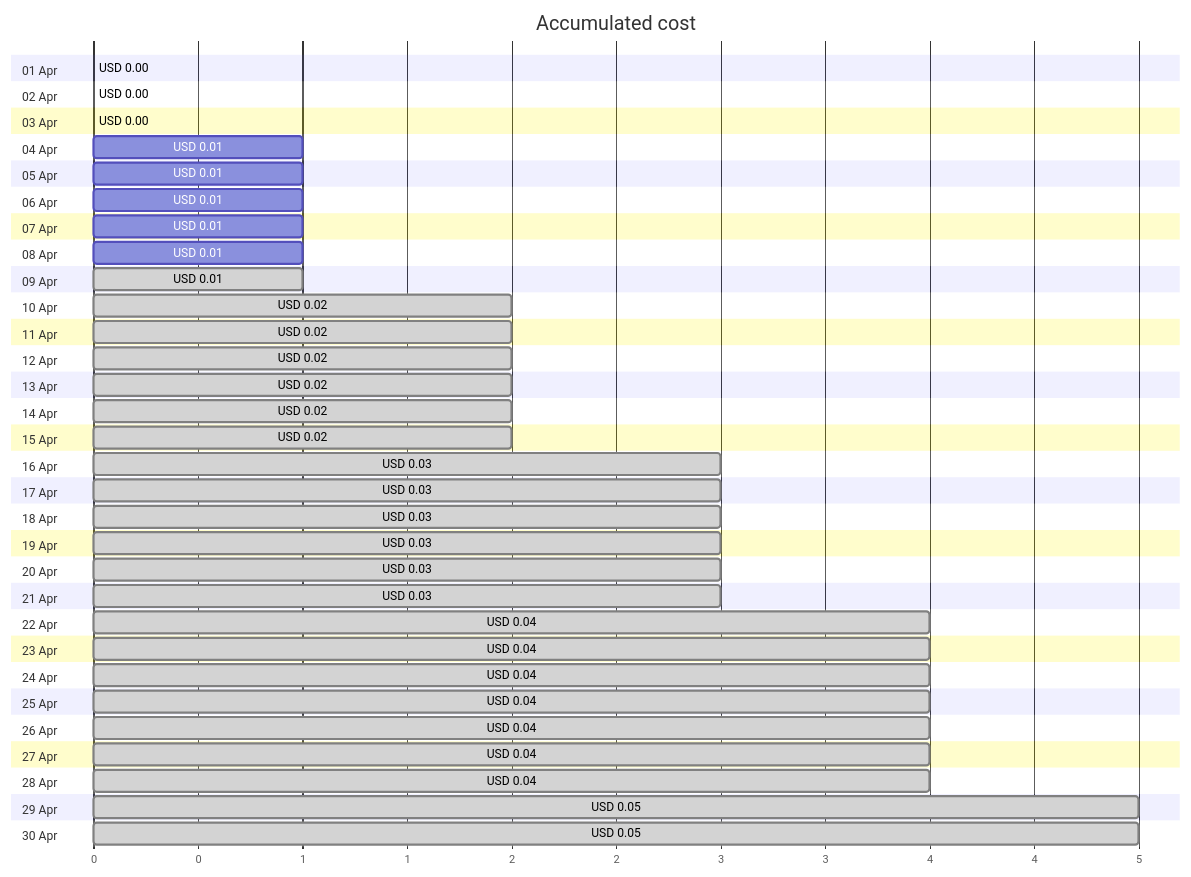
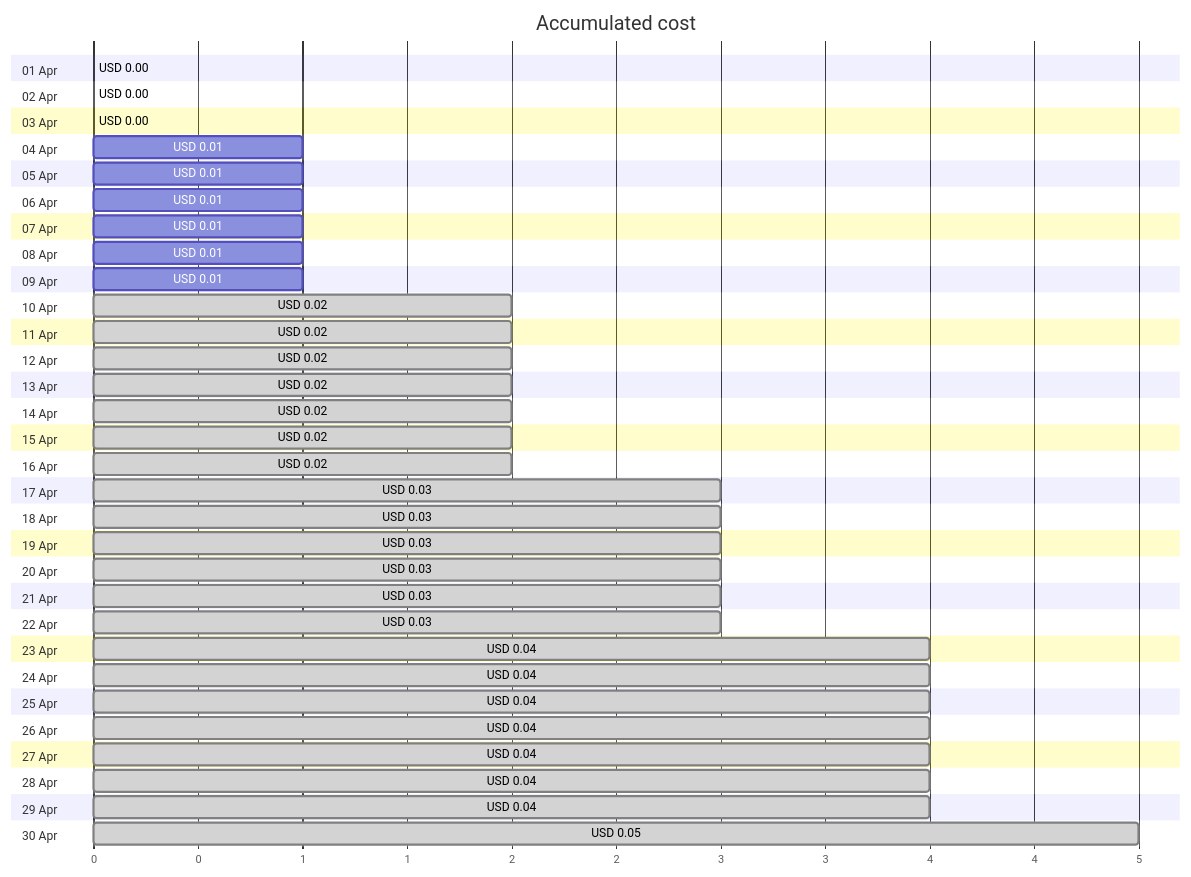
Before and after one commit to jpfulton/azure-personal-reports: the first of 4 diagrams in cost-reports/personal-site/personalsiteapistorage.md, drawn with Mermaid. The commit also changed other lines of this file and 6 other files, not shown here.

````diff
--- a/cost-reports/personal-site/personalsiteapistorage.md
+++ b/cost-reports/personal-site/personalsiteapistorage.md
@@ -20,66 +20,66 @@
 ```mermaid
 gantt
    title Accumulated cost
    dateFormat  X
    axisFormat %s
    section 01 Apr
    USD 0.00 :0, 0
    section 02 Apr
    USD 0.00 :0, 0
    section 03 Apr
    USD 0.00 :0, 0
    section 04 Apr
    USD 0.01 :0, 1
    section 05 Apr
    USD 0.01 :0, 1
    section 06 Apr
    USD 0.01 :0, 1
    section 07 Apr
    USD 0.01 :0, 1
    section 08 Apr
    USD 0.01 :0, 1
    section 09 Apr
-   USD 0.01 : done, 0, 1
+   USD 0.01 :0, 1
    section 10 Apr
    USD 0.02 : done, 0, 2
    section 11 Apr
    USD 0.02 : done, 0, 2
    section 12 Apr
    USD 0.02 : done, 0, 2
    section 13 Apr
    USD 0.02 : done, 0, 2
    section 14 Apr
    USD 0.02 : done, 0, 2
    section 15 Apr
    USD 0.02 : done, 0, 2
    section 16 Apr
-   USD 0.03 : done, 0, 3
+   USD 0.02 : done, 0, 2
    section 17 Apr
    USD 0.03 : done, 0, 3
    section 18 Apr
    USD 0.03 : done, 0, 3
    section 19 Apr
    USD 0.03 : done, 0, 3
    section 20 Apr
    USD 0.03 : done, 0, 3
    section 21 Apr
    USD 0.03 : done, 0, 3
    section 22 Apr
-   USD 0.04 : done, 0, 4
+   USD 0.03 : done, 0, 3
    section 23 Apr
    USD 0.04 : done, 0, 4
    section 24 Apr
    USD 0.04 : done, 0, 4
    section 25 Apr
    USD 0.04 : done, 0, 4
    section 26 Apr
    USD 0.04 : done, 0, 4
    section 27 Apr
    USD 0.04 : done, 0, 4
    section 28 Apr
    USD 0.04 : done, 0, 4
    section 29 Apr
-   USD 0.05 : done, 0, 5
+   USD 0.04 : done, 0, 4
    section 30 Apr
    USD 0.05 : done, 0, 5
 ```
````
